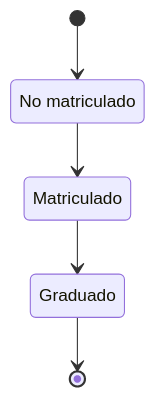
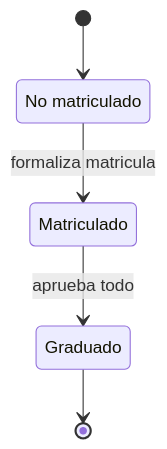
Before and after one commit to gerardfp/uml: diagram 14 of 14 in README.md, drawn with Mermaid.

````diff
--- a/README.md
+++ b/README.md
@@ -244,10 +244,10 @@
 ```mermaid
 stateDiagram-v2
     state "No matriculado" as nomatriculado
     state "Matriculado" as matriculado
     state "Graduado" as graduado
     [*] --> nomatriculado
-    nomatriculado --> matriculado
-    matriculado --> graduado
+    nomatriculado --> matriculado: formaliza matricula
+    matriculado --> graduado: aprueba todo
     graduado --> [*]
 ```
````
